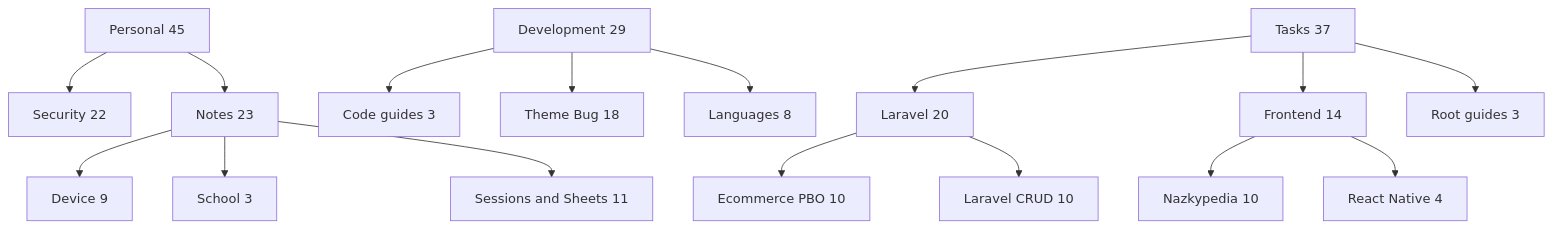
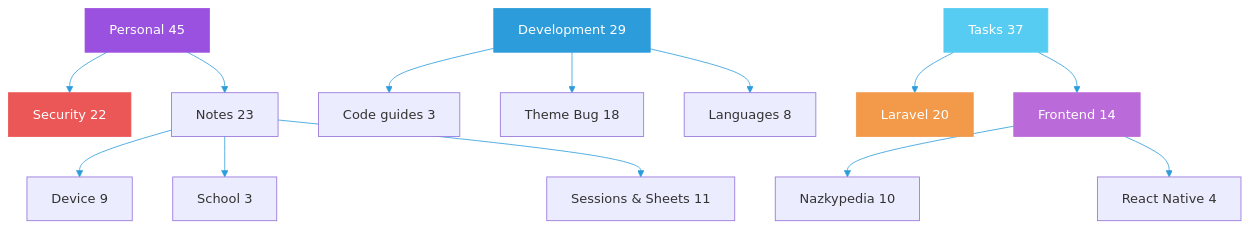
Before and after one commit to 444Nazky/My-Vault: the third of 9 diagrams in Graphs/Vault-Overview.md, drawn with Mermaid. The commit also changed other lines of this file and 15 other files, not shown here.

````diff
--- a/Graphs/Vault-Overview.md
+++ b/Graphs/Vault-Overview.md
@@ -36,18 +50,22 @@
 ```mermaid
+%%{init: {'theme': 'default', 'themeVariables': { 'primaryColor': '#2D9CDB', 'lineColor': '#2D9CDB'}}}%%
 graph TD
  PER["Personal 45"] --> SEC["Security 22"]
  PER --> NOTE["Notes 23"]
  NOTE --> DVC["Device 9"]
  NOTE --> SCH["School 3"]
- NOTE --> SES["Sessions and Sheets 11"]
+ NOTE --> SES["Sessions & Sheets 11"]
  DEV["Development 29"] --> CODE["Code guides 3"]
  DEV --> VTB["Theme Bug 18"]
  DEV --> PL["Languages 8"]
  TSK["Tasks 37"] --> LAV["Laravel 20"]
  TSK --> FRONT["Frontend 14"]
- TSK --> ROOT["Root guides 3"]
- LAV --> ECOM["Ecommerce PBO 10"]
- LAV --> CRUD["Laravel CRUD 10"]
  FRONT --> NAZ["Nazkypedia 10"]
  FRONT --> RN["React Native 4"]
+ style PER fill:#9B51E0,stroke:#9B51E0,color:#fff
+ style SEC fill:#EB5757,stroke:#EB5757,color:#fff
+ style DEV fill:#2D9CDB,stroke:#2D9CDB,color:#fff
+ style TSK fill:#56CCF2,stroke:#56CCF2,color:#fff
+ style LAV fill:#F2994A,stroke:#F2994A,color:#fff
+ style FRONT fill:#BB6BD9,stroke:#BB6BD9,color:#fff
 ```
````
